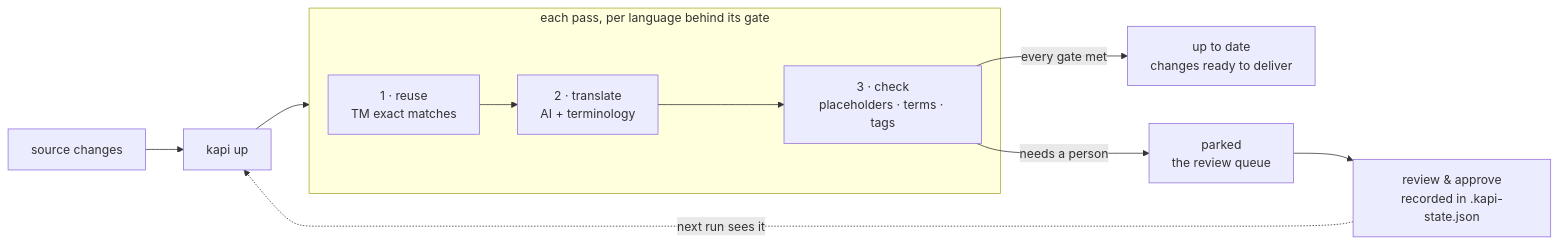
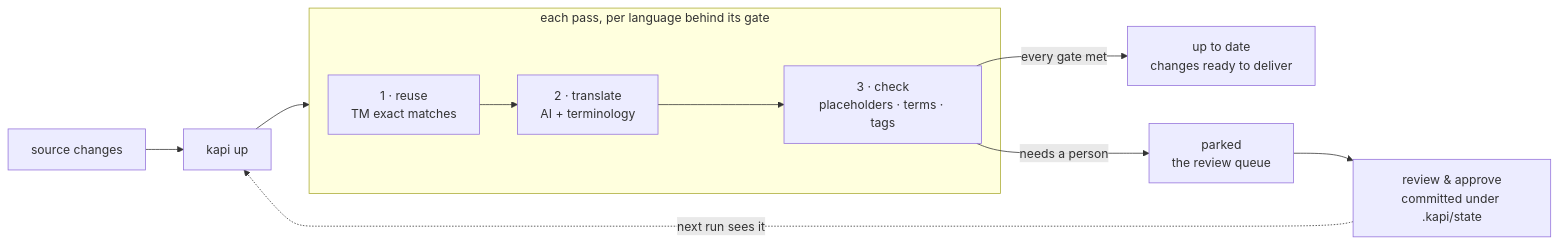
One commit to neokapi/kapi-action changed the diagram in README.md. Above: the diagram before and after it, drawn with Mermaid. The commit also changed other lines of this file and 2 other files, not shown here.

First line of the commit message:
fix: point caching at setup-kapi's parse cache and update the kapi up examples (#9)

````diff
--- a/README.md
+++ b/README.md
@@ -70,12 +76,12 @@
 ```mermaid
 flowchart LR
     S[source changes] --> U[kapi up]
     subgraph PASS ["each pass, per language behind its gate"]
         TM["1 · reuse<br/>TM exact matches"] --> AI["2 · translate<br/>AI + terminology"] --> CK["3 · check<br/>placeholders · terms · tags"]
     end
     U --> PASS
     CK -->|every gate met| CV["up to date<br/>changes ready to deliver"]
     CK -->|needs a person| PK["parked<br/>the review queue"]
-    PK --> RV["review & approve<br/>recorded in .kapi-state.json"]
+    PK --> RV["review & approve<br/>committed under .kapi/state"]
     RV -.->|next run sees it| U
 ```
````
